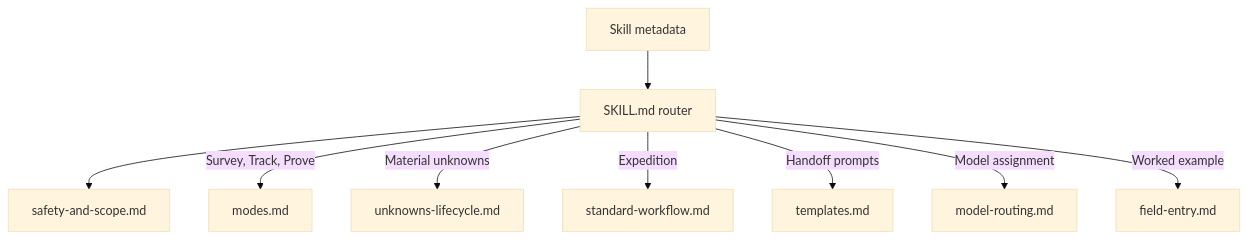
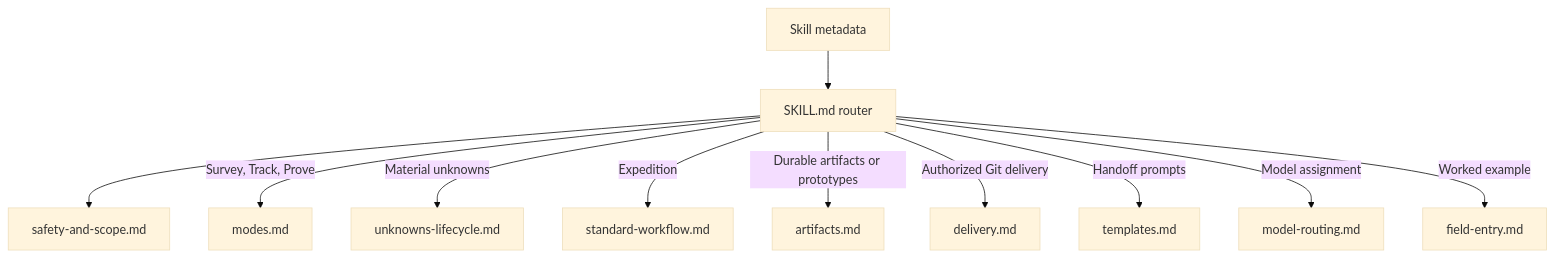
Before and after one commit to abdul-shaikh-dev/code-territory-guide: the third of 4 diagrams in README.md, drawn with Mermaid (base theme). The commit also changed other lines of this file and 9 other files, not shown here.

````diff
--- a/README.md
+++ b/README.md
@@ -78,11 +78,13 @@
 ```mermaid
 flowchart TD
     M[Skill metadata] --> K[SKILL.md router]
     K --> C[safety-and-scope.md]
     K -->|Survey, Track, Prove| O[modes.md]
     K -->|Material unknowns| U[unknowns-lifecycle.md]
     K -->|Expedition| W[standard-workflow.md]
+    K -->|Durable artifacts or prototypes| A[artifacts.md]
+    K -->|Authorized Git delivery| D[delivery.md]
     K -->|Handoff prompts| T[templates.md]
     K -->|Model assignment| R[model-routing.md]
     K -->|Worked example| F[field-entry.md]
 ```
````
